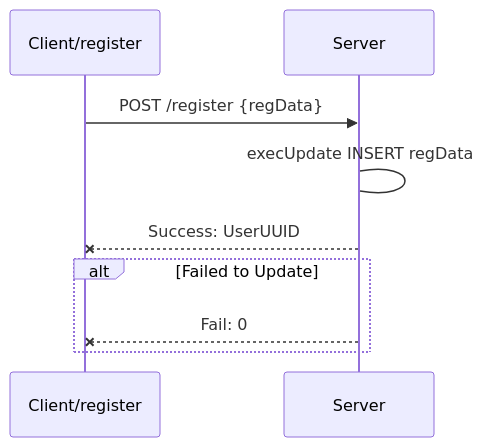
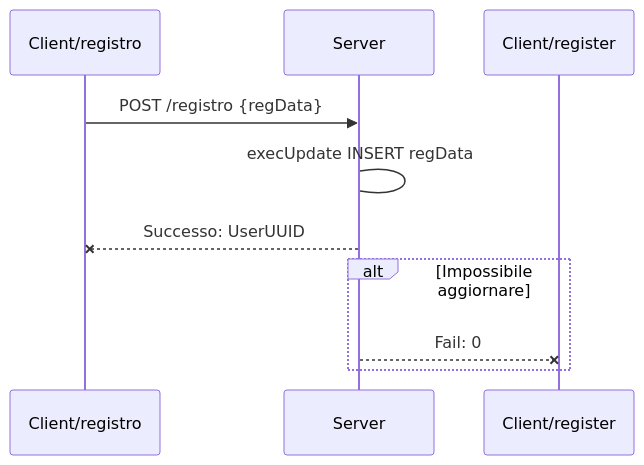
Before and after one commit to LJS360d/auctionsLab: the third of 3 diagrams in SEQUENCEDIAGRAMS.md, drawn with Mermaid. The commit also changed other lines of this file, not shown here.

Commit message:
Translated Sequence Diagrams

````diff
--- a/SEQUENCEDIAGRAMS.md
+++ b/SEQUENCEDIAGRAMS.md
@@ -40,13 +40,13 @@
 ```mermaid
 
 sequenceDiagram
 
-Client/register ->> Server: POST /register {regData}
+Client/registro ->> Server: POST /registro {regData}
 
 Server -> Server: execUpdate INSERT regData
 
-Server --x Client/register: Success: UserUUID
-alt Failed to Update
+Server --x Client/registro: Successo: UserUUID
+alt Impossibile aggiornare
 	Server --x Client/register: Fail: 0
-end 
+end
 ```
````
